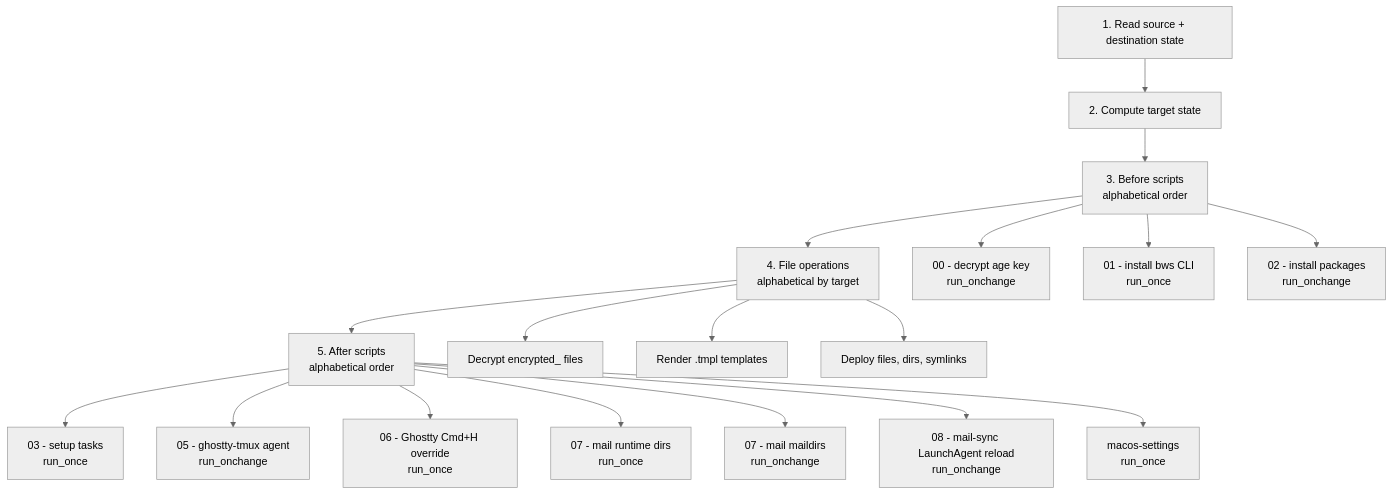
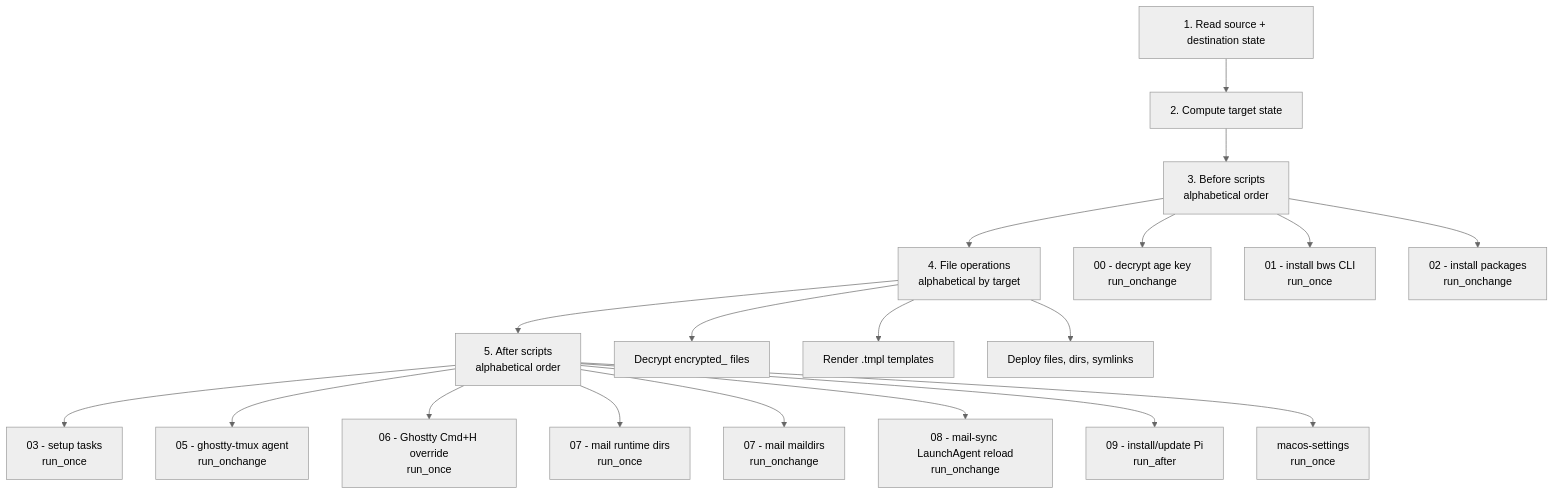
The diagram in docs/architecture/chezmoi-lifecycle.md (mbastakis/dotfiles), drawn with Mermaid (neutral theme) before and after one commit. The commit also changed other lines of this file and 102 other files, not shown here.

````diff
--- a/docs/architecture/chezmoi-lifecycle.md
+++ b/docs/architecture/chezmoi-lifecycle.md
@@ -7,23 +7,24 @@
 ```mermaid
 flowchart TD
   A[1. Read source + destination state] --> B[2. Compute target state]
   B --> C[3. Before scripts<br/>alphabetical order]
   C --> D[4. File operations<br/>alphabetical by target]
   D --> E[5. After scripts<br/>alphabetical order]
 
   C --> C1[00 - decrypt age key<br/>run_onchange]
   C --> C2[01 - install bws CLI<br/>run_once]
   C --> C3[02 - install packages<br/>run_onchange]
 
   D --> D1[Decrypt encrypted_ files]
   D --> D2[Render .tmpl templates]
   D --> D3[Deploy files, dirs, symlinks]
 
   E --> E1[03 - setup tasks<br/>run_once]
   E --> E2[05 - ghostty-tmux agent<br/>run_onchange]
   E --> E3[06 - Ghostty Cmd+H override<br/>run_once]
   E --> E4[07 - mail runtime dirs<br/>run_once]
   E --> E5[07 - mail maildirs<br/>run_onchange]
   E --> E6[08 - mail-sync LaunchAgent reload<br/>run_onchange]
-  E --> E7[macos-settings<br/>run_once]
+  E --> E7[09 - install/update Pi<br/>run_after]
+  E --> E8[macos-settings<br/>run_once]
 ```
````
